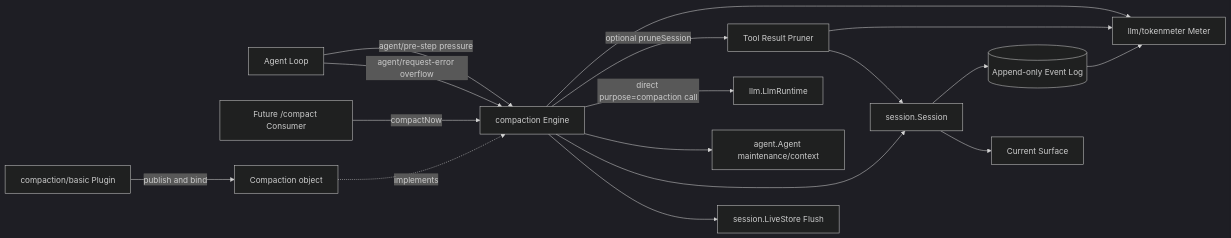
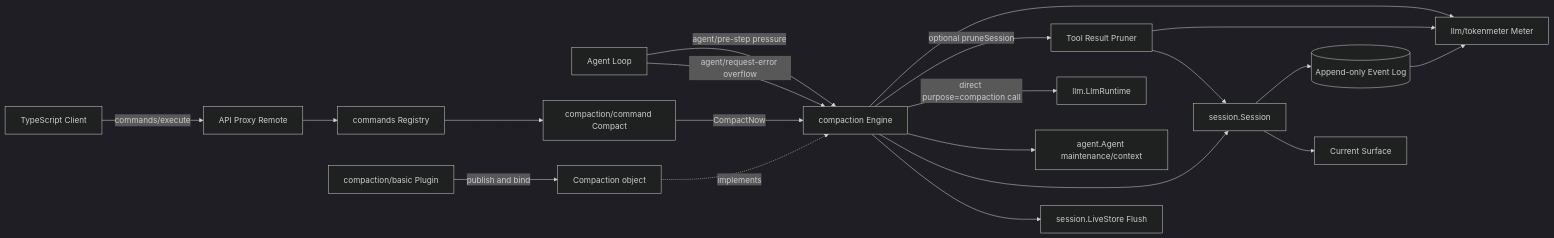
Before and after one commit to gorenx/goren: the first of 6 diagrams in zh-CN/24-context-compaction.md, drawn with Mermaid (dark theme). The commit also changed other lines of this file and 19 other files, not shown here.

Commit message:
docs: document compact command integration

````diff
--- a/zh-CN/24-context-compaction.md
+++ b/zh-CN/24-context-compaction.md
@@ -57,21 +58,24 @@
 ```mermaid
 flowchart LR
     AL[Agent Loop] -->|agent/pre-step pressure| CE[compaction Engine]
     AL -->|agent/request-error overflow| CE
-    CMD[Future /compact Consumer] -->|compactNow| CE
+    CLIENT[TypeScript Client] -->|commands/execute| API[API Proxy Remote]
+    API --> CMD[commands Registry]
+    CMD --> CC[compaction/command Compact]
+    CC -->|CompactNow| CE
 
     CE --> TM[llm/tokenmeter Meter]
     CE -->|optional pruneSession| PR[Tool Result Pruner]
     CE -->|direct purpose=compaction call| LLM[llm.LlmRuntime]
     CE --> AG[agent.Agent maintenance/context]
     CE --> S[session.Session]
     CE --> LS[session.LiveStore Flush]
     PR --> TM
     PR --> S
 
     BP[compaction/basic Plugin] -->|publish and bind| BASIC[Compaction object]
     BASIC -. implements .-> CE
     S --> LOG[(Append-only Event Log)]
     S --> SURF[Current Surface]
     LOG --> TM
 ```
````
